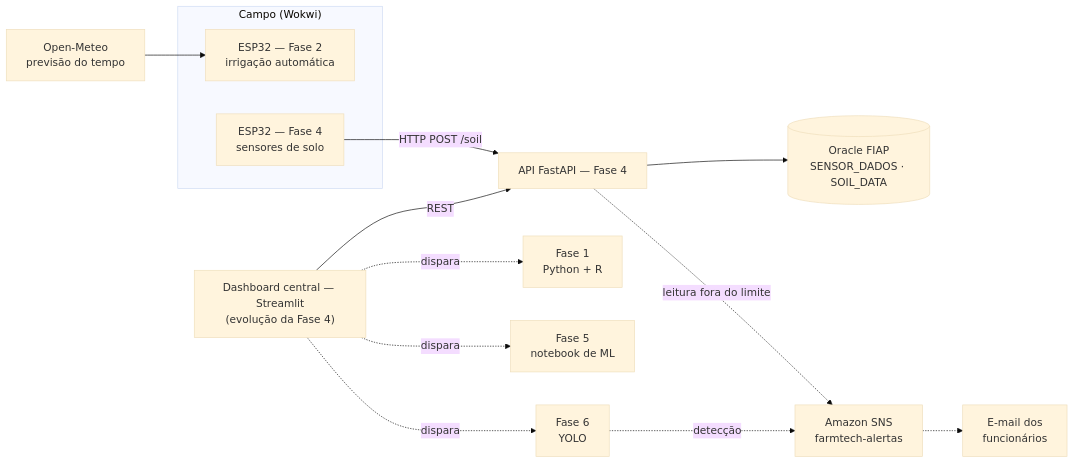
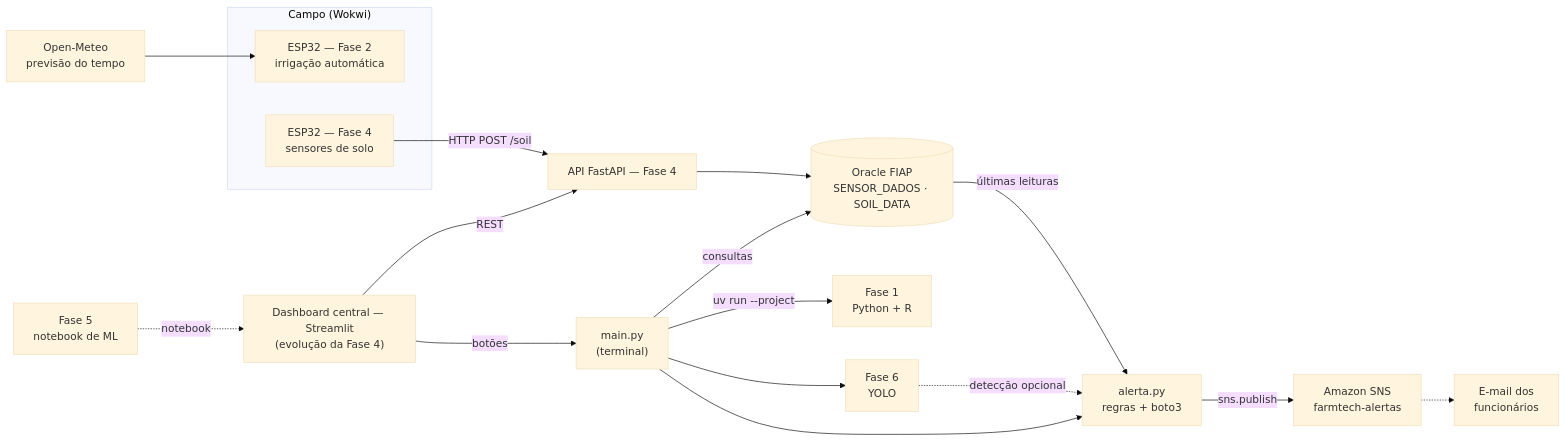
One commit to FiapGrupoEntregas/Cap-1---A-consolida-o-de-um-sistema changed the diagram in README.md. Above: the diagram before and after it, drawn with Mermaid (base theme). The commit also changed other lines of this file and 69 other files, not shown here.

````diff
--- a/README.md
+++ b/README.md
@@ -81,26 +85,32 @@
 ```mermaid
 flowchart LR
     subgraph Campo["Campo (Wokwi)"]
         ESP2["ESP32 — Fase 2<br/>irrigação automática"]
         ESP4["ESP32 — Fase 4<br/>sensores de solo"]
     end
     OM["Open-Meteo<br/>previsão do tempo"]
     API["API FastAPI — Fase 4"]
     ORA[("Oracle FIAP<br/>SENSOR_DADOS · SOIL_DATA")]
     DASH["Dashboard central — Streamlit<br/>(evolução da Fase 4)"]
     F1["Fase 1<br/>Python + R"]
     F5["Fase 5<br/>notebook de ML"]
     F6["Fase 6<br/>YOLO"]
     SNS["Amazon SNS<br/>farmtech-alertas"]
     MAIL["E-mail dos<br/>funcionários"]
 
     OM --> ESP2
     ESP4 -->|HTTP POST /soil| API --> ORA
     DASH -->|REST| API
-    DASH -.->|dispara| F1
-    DASH -.->|dispara| F5
-    DASH -.->|dispara| F6
-    API -.->|leitura fora do limite| SNS
-    F6 -.->|detecção| SNS
+    CLI["main.py<br/>(terminal)"]
+    DASH -->|botões| CLI
+    CLI -->|uv run --project| F1
+    CLI --> F6
+    CLI -->|consultas| ORA
+    F5 -.->|notebook| DASH
+    AL["alerta.py<br/>regras + boto3"]
+    ORA -->|últimas leituras| AL
+    F6 -.->|detecção opcional| AL
+    CLI --> AL
+    AL -->|sns.publish| SNS
     SNS -.-> MAIL
 ```
````
